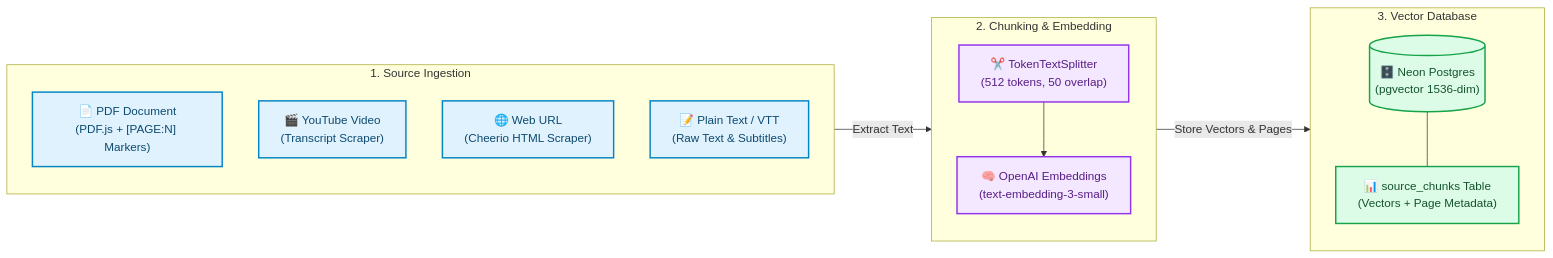
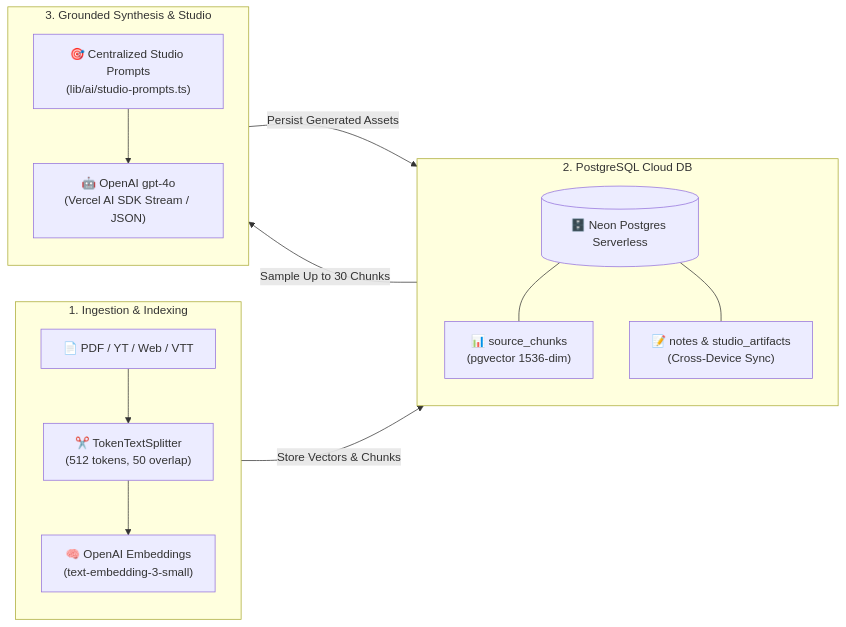
The first of 2 diagrams in README.md (arunava2018/SourceMind), drawn with Mermaid before and after one commit. The commit also changed other lines of this file and 14 other files, not shown here.

````diff
--- a/README.md
+++ b/README.md
@@ -56,35 +62,29 @@
 ```mermaid
 flowchart LR
-    subgraph Sources ["1. Source Ingestion"]
+    subgraph Sources ["1. Ingestion & Indexing"]
         direction TB
-        PDF["📄 PDF Document\n(PDF.js + [PAGE:N] Markers)"]
-        YT["🎬 YouTube Video\n(Transcript Scraper)"]
-        Web["🌐 Web URL\n(Cheerio HTML Scraper)"]
-        Text["📝 Plain Text / VTT\n(Raw Text & Subtitles)"]
+        PDF["📄 PDF / YT / Web / VTT"]
+        Splitter["✂️ TokenTextSplitter\n(512 tokens, 50 overlap)"]
+        Embedder["🧠 OpenAI Embeddings\n(text-embedding-3-small)"]
+        PDF --> Splitter --> Embedder
     end
 
-    subgraph Processing ["2. Chunking & Embedding"]
+    subgraph Storage ["2. PostgreSQL Cloud DB"]
         direction TB
-        Splitter["✂️ TokenTextSplitter\n(512 tokens, 50 overlap)"]
-        Embedder["🧠 OpenAI Embeddings\n(text-embedding-3-small)"]
-        Splitter --> Embedder
+        DB[("🗄️ Neon Postgres Serverless")]
+        Table["📊 source_chunks\n(pgvector 1536-dim)"]
+        NotesTable["📝 notes & studio_artifacts\n(Cross-Device Sync)"]
+        DB --- Table & NotesTable
     end
 
-    subgraph Storage ["3. Vector Database"]
+    subgraph Studio ["3. Grounded Synthesis & Studio"]
         direction TB
-        DB[("🗄️ Neon Postgres\n(pgvector 1536-dim)")]
-        Table["📊 source_chunks Table\n(Vectors + Page Metadata)"]
-        DB --- Table
+        Prompts["🎯 Centralized Studio Prompts\n(lib/ai/studio-prompts.ts)"]
+        LLM["🤖 OpenAI gpt-4o\n(Vercel AI SDK Stream / JSON)"]
+        Prompts --> LLM
     end
 
-    Sources -->|"Extract Text"| Splitter
-    Embedder -->|"Store Vectors & Pages"| Storage
-
-    classDef source fill:#e0f2fe,stroke:#0284c7,stroke-width:2px,color:#0c4a6e
-    classDef process fill:#f3e8ff,stroke:#9333ea,stroke-width:2px,color:#581c87
-    classDef storage fill:#dcfce7,stroke:#16a34a,stroke-width:2px,color:#14532d
-
-    class PDF,YT,Web,Text source
-    class Splitter,Embedder process
-    class DB,Table storage
+    Embedder -->|"Store Vectors & Chunks"| Storage
+    Storage -->|"Sample Up to 30 Chunks"| Studio
+    LLM -->|"Persist Generated Assets"| NotesTable
 ```
````
